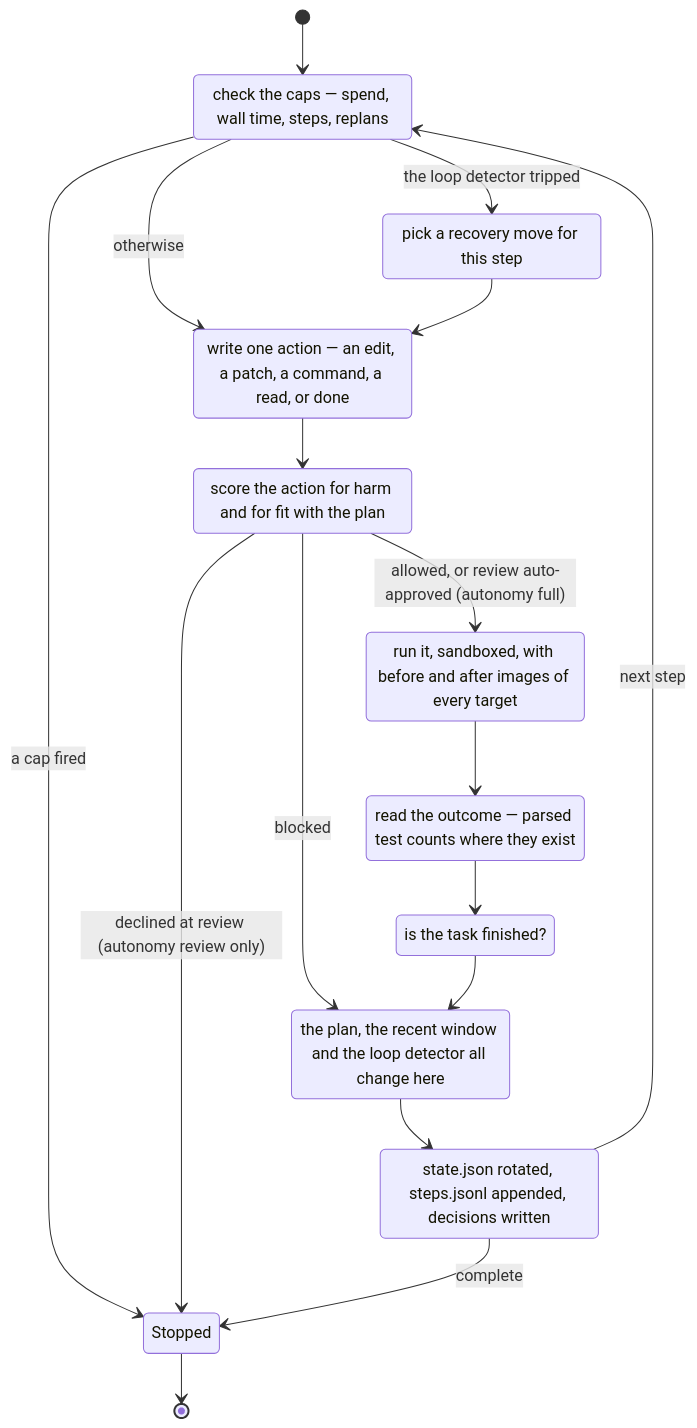
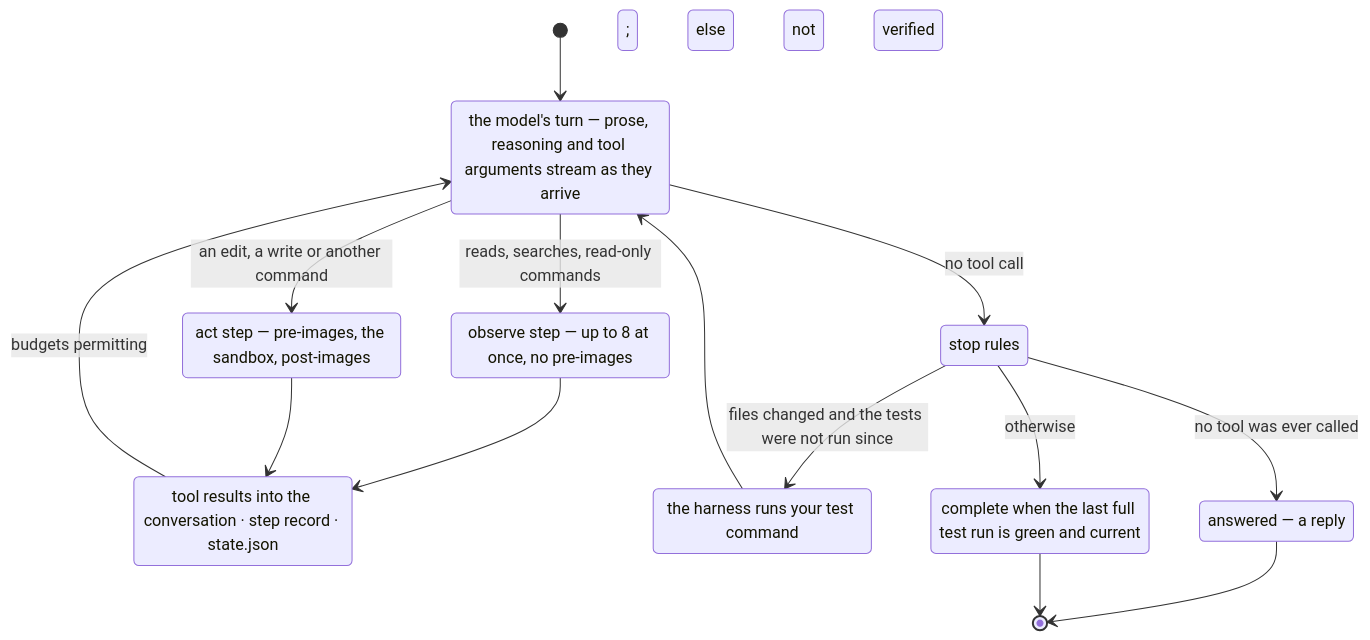
One commit to coasty-ai/JevCode changed the second of 2 diagrams in docs/getting-started/first-run.md. Above: the diagram before and after it, drawn with Mermaid. The commit also changed other lines of this file and 13 other files, not shown here.

First line of the commit message:
docs(getting-started,operations,reference): agent is the default; one conversation; Jev optional; full autonomy never asks or refuses

````diff
--- a/docs/getting-started/first-run.md
+++ b/docs/getting-started/first-run.md
@@ -104,29 +126,25 @@
 ```mermaid
 stateDiagram-v2
     direction TB
-    [*] --> Budgets
-    Budgets: check the caps — spend, wall time, steps, replans
-    Budgets --> Stopped: a cap fired
-    Budgets --> Replan: the loop detector tripped
-    Budgets --> Propose: otherwise
-    Replan: pick a recovery move for this step
-    Replan --> Propose
-    Propose: write one action — an edit, a patch, a command, a read, or done
-    Propose --> Risk
-    Risk: score the action for harm and for fit with the plan
-    Risk --> Commit: blocked
-    Risk --> Stopped: declined at review (autonomy review only)
-    Risk --> Execute: allowed, or review auto-approved (autonomy full)
-    Execute: run it, sandboxed, with before and after images of every target
-    Execute --> Judge
-    Judge: read the outcome — parsed test counts where they exist
-    Judge --> Complete
-    Complete: is the task finished?
-    Complete --> Commit
-    Commit: the plan, the recent window and the loop detector all change here
-    Commit --> Checkpoint
-    Checkpoint: state.json rotated, steps.jsonl appended, decisions written
-    Checkpoint --> Stopped: complete
-    Checkpoint --> Budgets: next step
-    Stopped --> [*]
+    [*] --> Turn
+    Turn: the model's turn — prose, reasoning and tool arguments stream as they arrive
+    Turn --> Reads: reads, searches, read-only commands
+    Turn --> Act: an edit, a write or another command
+    Turn --> Stop: no tool call
+    Reads: observe step — up to 8 at once, no pre-images
+    Act: act step — pre-images, the sandbox, post-images
+    Reads --> Checkpoint
+    Act --> Checkpoint
+    Checkpoint: tool results into the conversation · step record · state.json
+    Checkpoint --> Turn: budgets permitting
+    Stop: stop rules
+    Stop --> Verify: files changed and the tests were not run since
+    Verify: the harness runs your test command
+    Verify --> Turn
+    Stop --> Answered: no tool was ever called
+    Stop --> Finished: otherwise
+    Answered: answered — a reply
+    Finished: complete when the last full test run is green and current; else not verified
+    Answered --> [*]
+    Finished --> [*]
 ```
````
